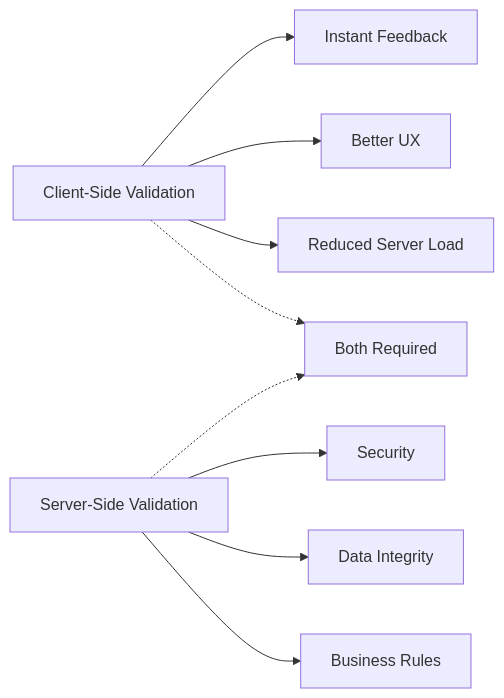
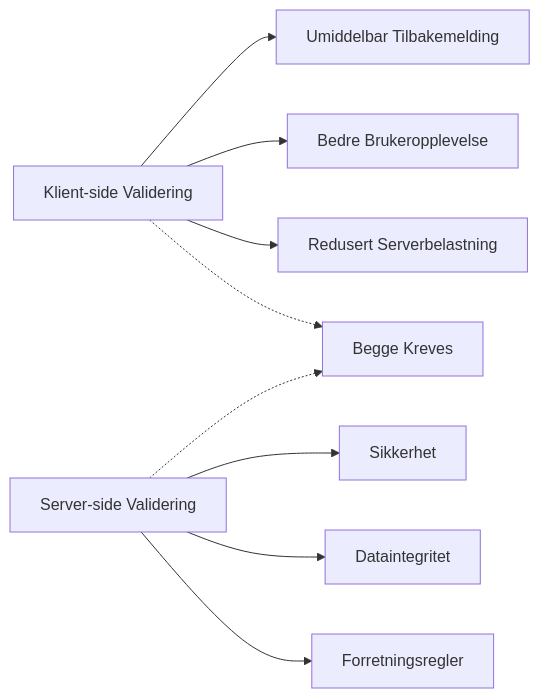
The eighth of 9 diagrams in translations/no/7-bank-project/2-forms/README.md (microsoft/Web-Dev-For-Beginners), drawn with Mermaid before and after one commit. The commit also changed other lines of this file and 99 other files, not shown here.

````diff
--- a/translations/no/7-bank-project/2-forms/README.md
+++ b/translations/no/7-bank-project/2-forms/README.md
@@ -721,13 +796,13 @@
 ```mermaid
 graph LR
-    A[Client-Side Validation] --> B[Instant Feedback]
-    A --> C[Better UX]
-    A --> D[Reduced Server Load]
+    A[Klient-side Validering] --> B[Umiddelbar Tilbakemelding]
+    A --> C[Bedre Brukeropplevelse]
+    A --> D[Redusert Serverbelastning]
     
-    E[Server-Side Validation] --> F[Security]
-    E --> G[Data Integrity]
-    E --> H[Business Rules]
+    E[Server-side Validering] --> F[Sikkerhet]
+    E --> G[Dataintegritet]
+    E --> H[Forretningsregler]
     
-    A -.-> I[Both Required]
+    A -.-> I[Begge Kreves]
     E -.-> I
 ```
````
